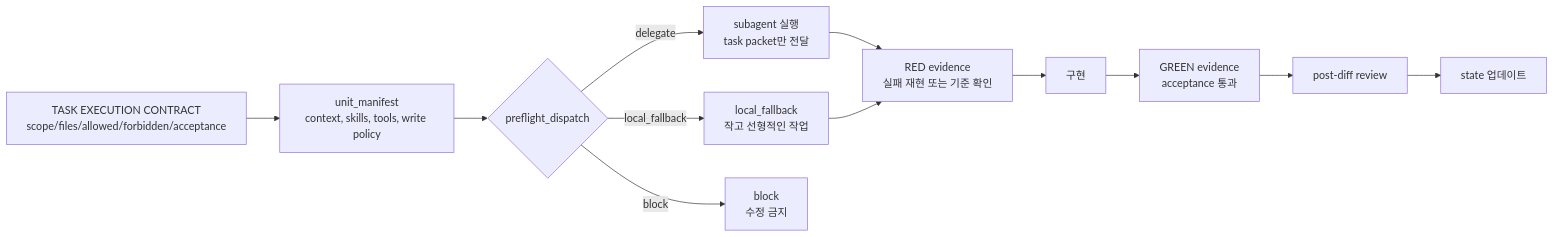
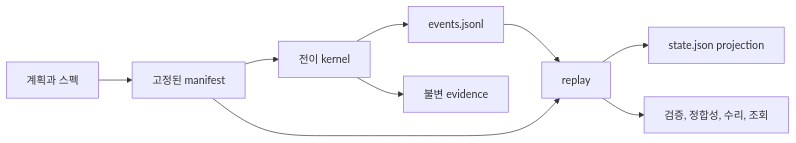
Before and after one commit to beyondwin/Archive: the diagram in skills/kws-codex-plan-executor/docs/mental-model.ko.md, drawn with Mermaid. The commit also changed other lines of this file and 78 other files, not shown here.

````diff
--- a/skills/kws-codex-plan-executor/docs/mental-model.ko.md
+++ b/skills/kws-codex-plan-executor/docs/mental-model.ko.md
@@ -105,20 +5,11 @@
 ```mermaid
 flowchart LR
-  Contract["TASK EXECUTION CONTRACT<br/>scope/files/allowed/forbidden/acceptance"]
-  Manifest["unit_manifest<br/>context, skills, tools, write policy"]
-  Dispatch{"preflight_dispatch"}
-  Delegate["subagent 실행<br/>task packet만 전달"]
-  Local["local_fallback<br/>작고 선형적인 작업"]
-  Block["block<br/>수정 금지"]
-  Red["RED evidence<br/>실패 재현 또는 기준 확인"]
-  Code["구현"]
-  Green["GREEN evidence<br/>acceptance 통과"]
-  Diff["post-diff review"]
-  State["state 업데이트"]
-
-  Contract --> Manifest --> Dispatch
-  Dispatch -->|delegate| Delegate --> Red
-  Dispatch -->|local_fallback| Local --> Red
-  Dispatch -->|block| Block
-  Red --> Code --> Green --> Diff --> State
+  Plan["계획과 스펙"] --> Manifest["고정된 manifest"]
+  Manifest --> Kernel["전이 kernel"]
+  Kernel --> Events["events.jsonl"]
+  Kernel --> Evidence["불변 evidence"]
+  Events --> Replay["replay"]
+  Manifest --> Replay
+  Replay --> State["state.json projection"]
+  Replay --> Check["검증, 정합성, 수리, 조회"]
 ```
````
